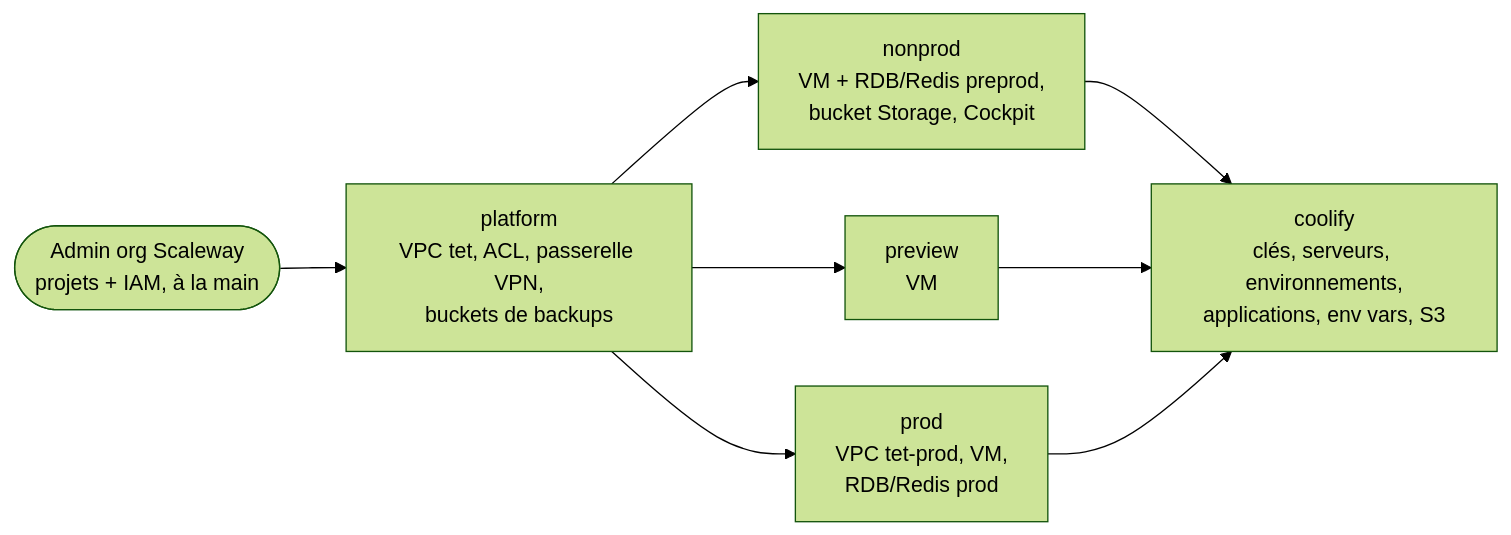
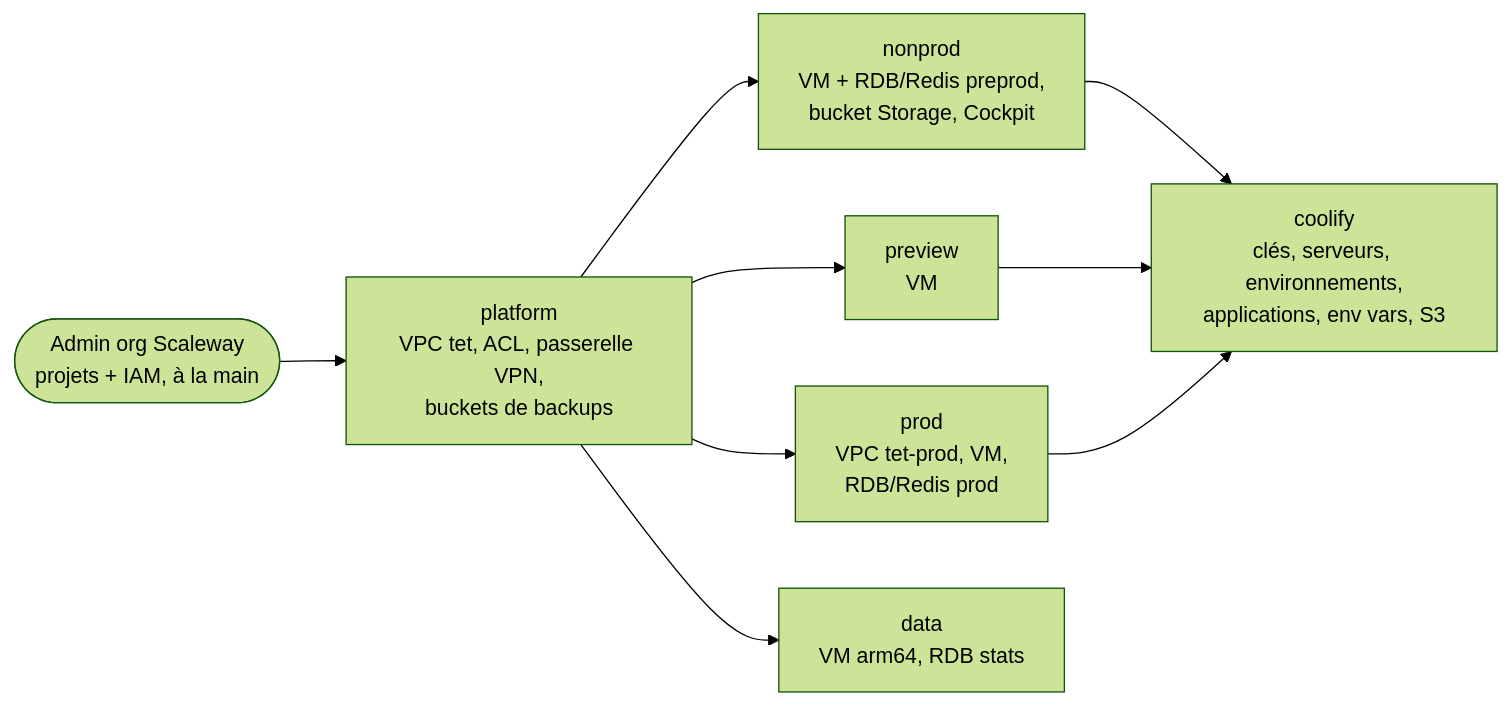
One commit to incubateur-ademe/territoires-en-transitions changed the second of 2 diagrams in infra/README.md. Above: the diagram before and after it, drawn with Mermaid (forest theme). The commit also changed other lines of this file and 16 other files, not shown here.

````diff
--- a/infra/README.md
+++ b/infra/README.md
@@ -117,11 +127,12 @@
 ```mermaid
 flowchart LR
   admin([Admin org Scaleway<br/>projets + IAM, à la main]) --> platform
   platform["platform<br/>VPC tet, ACL, passerelle VPN,<br/>buckets de backups"]
-  platform --> nonprod & preview & prod
+  platform --> nonprod & preview & prod & data
   nonprod["nonprod<br/>VM + RDB/Redis preprod,<br/>bucket Storage, Cockpit"]
   preview["preview<br/>VM"]
   prod["prod<br/>VPC tet-prod, VM,<br/>RDB/Redis prod"]
+  data["data<br/>VM arm64, RDB stats"]
   nonprod & preview & prod --> coolifys
   coolifys["coolify<br/>clés, serveurs, environnements,<br/>applications, env vars, S3"]
 ```
````
